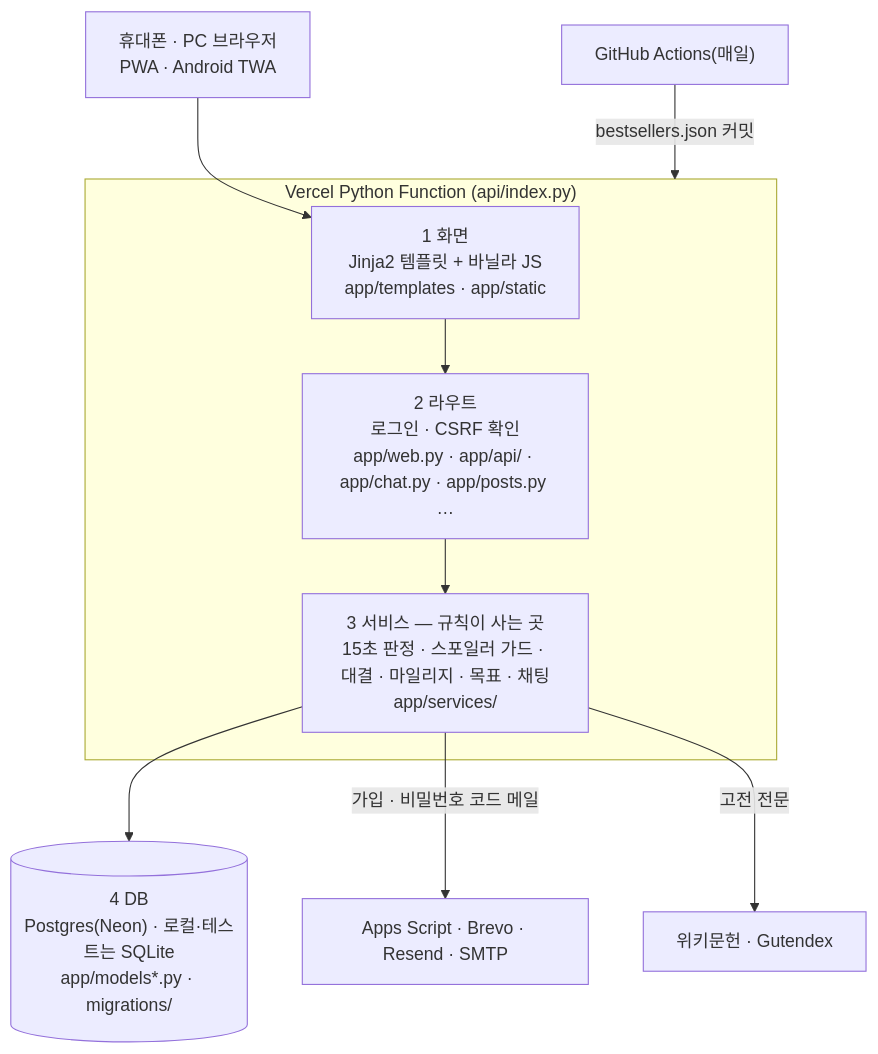
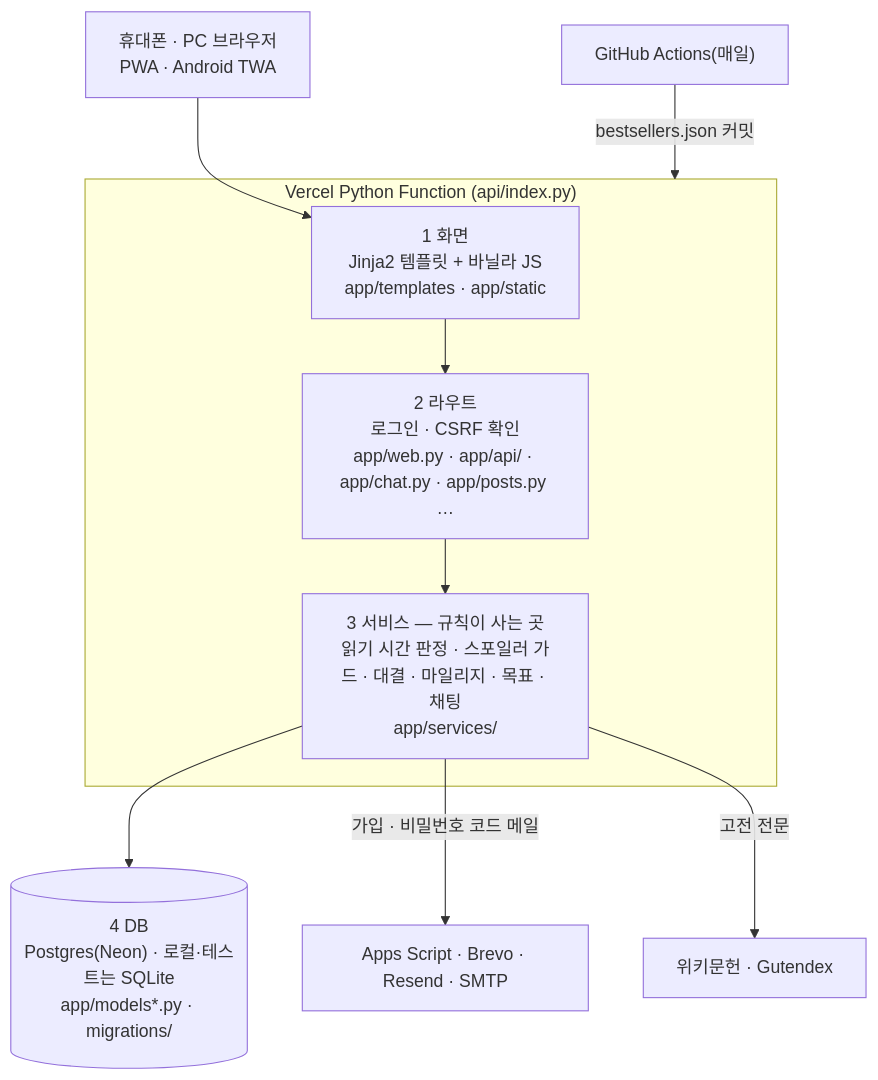
Before and after one commit to 10x4hs/haedok: the diagram in README.md, drawn with Mermaid. The commit also changed other lines of this file and 21 other files, not shown here.

````diff
--- a/README.md
+++ b/README.md
@@ -152,14 +152,14 @@
 ```mermaid
 flowchart TB
     U["휴대폰 · PC 브라우저<br/>PWA · Android TWA"] --> V
     D[("4 DB<br/>Postgres(Neon) · 로컬·테스트는 SQLite<br/>app/models*.py · migrations/")]
     subgraph Vercel["Vercel Python Function (api/index.py)"]
       V["1 화면<br/>Jinja2 템플릿 + 바닐라 JS<br/>app/templates · app/static"] --> R
       R["2 라우트<br/>로그인 · CSRF 확인<br/>app/web.py · app/api/ · app/chat.py · app/posts.py …"] --> S
-      S["3 서비스 — 규칙이 사는 곳<br/>15초 판정 · 스포일러 가드 · 대결 · 마일리지 · 목표 · 채팅<br/>app/services/"]
+      S["3 서비스 — 규칙이 사는 곳<br/>읽기 시간 판정 · 스포일러 가드 · 대결 · 마일리지 · 목표 · 채팅<br/>app/services/"]
     end
     S --> D
     S -->|가입 · 비밀번호 코드 메일| M["Apps Script · Brevo · Resend · SMTP"]
     S -->|고전 전문| W["위키문헌 · Gutendex"]
     G["GitHub Actions(매일)"] -->|bestsellers.json 커밋| Vercel
 ```
````
